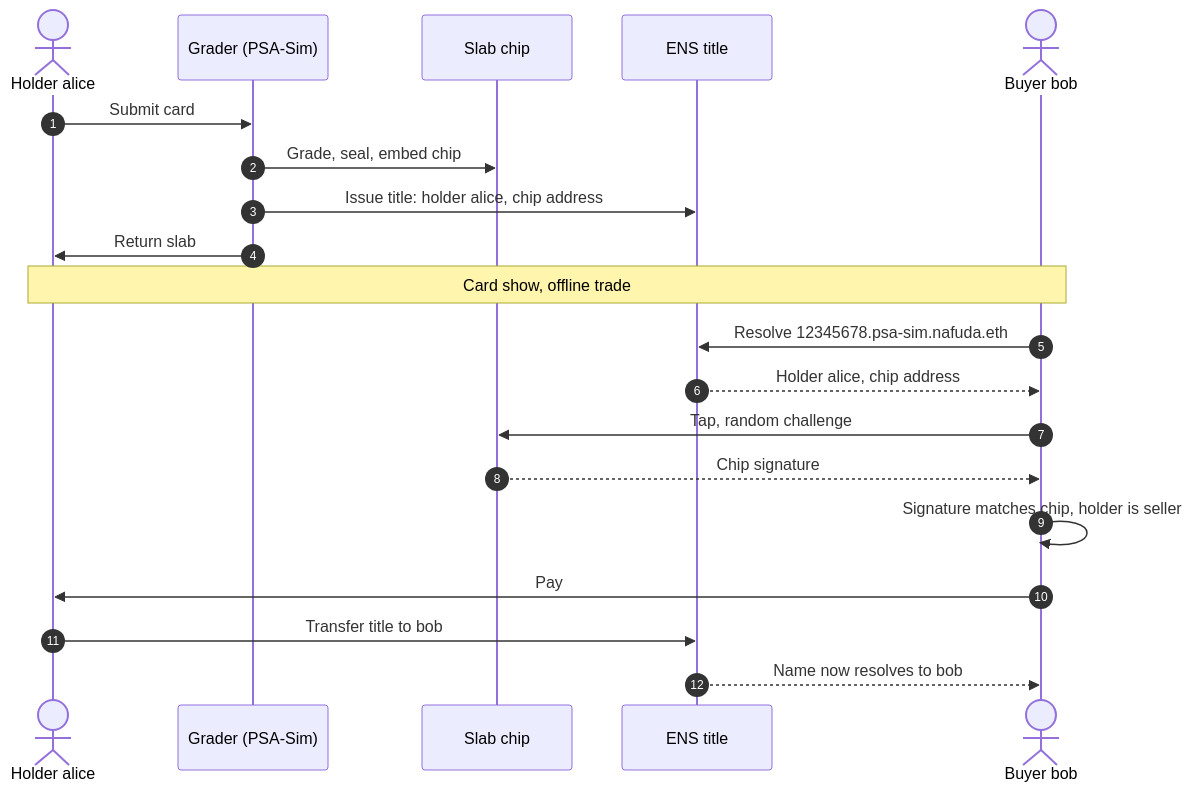
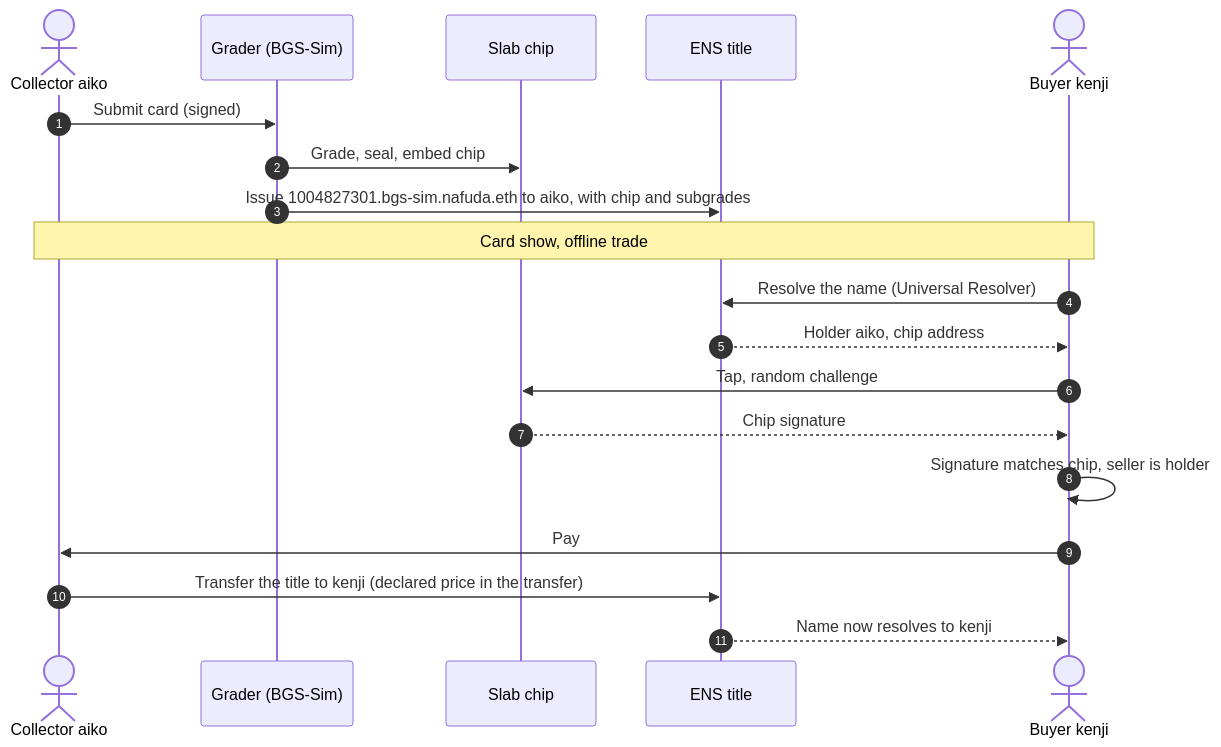
Before and after one commit to LinXJ1204/nafuda: the first of 2 diagrams in README.md, drawn with Mermaid. The commit also changed other lines of this file and 9 other files, not shown here.

Commit message:
[v3] docs: README v3 (screenshots, architecture, ENSv2 features), hosting, deployments report with graders and names, review guide, demo script v3, AI usage, plan progress; mobile slab width

````diff
--- a/README.md
+++ b/README.md
@@ -32,22 +35,21 @@
 ```mermaid
 sequenceDiagram
   autonumber
-  actor A as Holder alice
-  participant G as Grader (PSA-Sim)
+  actor A as Collector aiko
+  participant G as Grader (BGS-Sim)
   participant S as Slab chip
   participant E as ENS title
-  actor B as Buyer bob
-  A->>G: Submit card
+  actor B as Buyer kenji
+  A->>G: Submit card (signed)
   G->>S: Grade, seal, embed chip
-  G->>E: Issue title: holder alice, chip address
-  G->>A: Return slab
+  G->>E: Issue 1004827301.bgs-sim.nafuda.eth to aiko, with chip and subgrades
   Note over A,B: Card show, offline trade
-  B->>E: Resolve 12345678.psa-sim.nafuda.eth
-  E-->>B: Holder alice, chip address
+  B->>E: Resolve the name (Universal Resolver)
+  E-->>B: Holder aiko, chip address
   B->>S: Tap, random challenge
   S-->>B: Chip signature
-  B->>B: Signature matches chip, holder is seller
+  B->>B: Signature matches chip, seller is holder
   B->>A: Pay
-  A->>E: Transfer title to bob
-  E-->>B: Name now resolves to bob
+  A->>E: Transfer the title to kenji (declared price in the transfer)
+  E-->>B: Name now resolves to kenji
 ```
````
